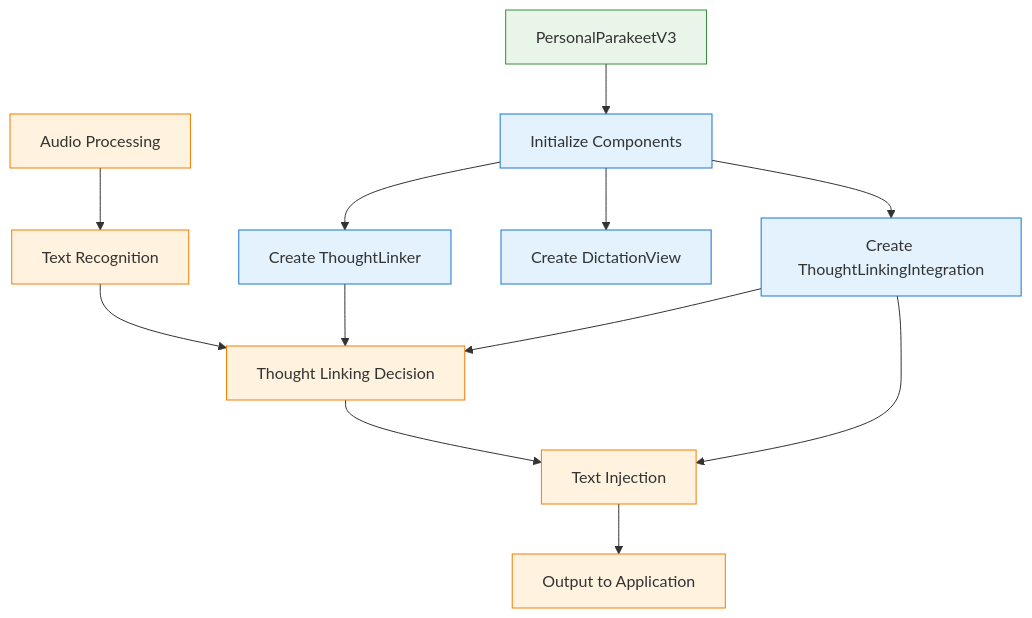
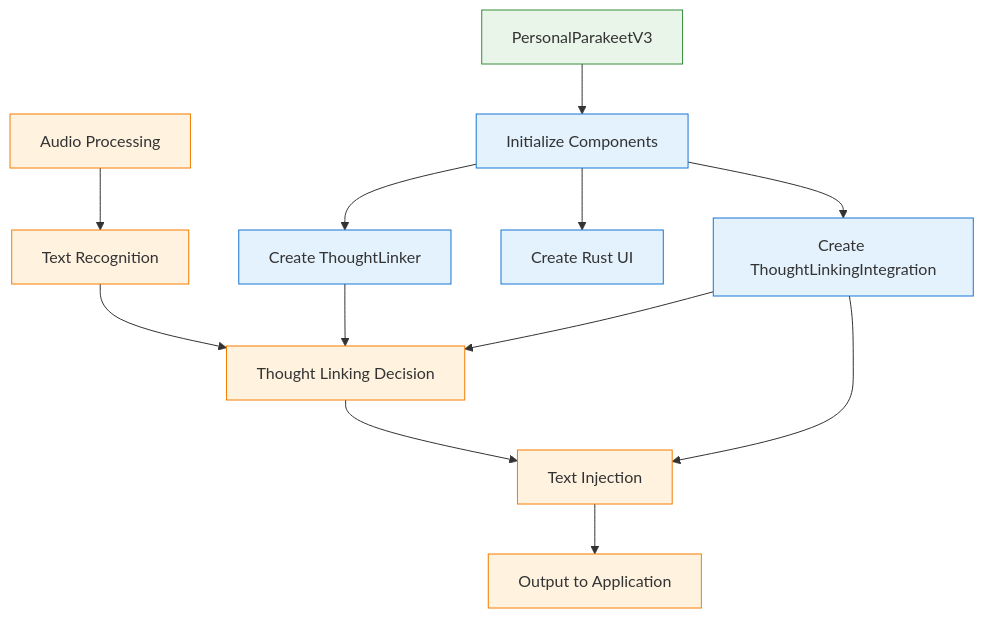
The sixth of 6 diagrams in docs/analysis/thought_linking_architecture_review.md (Coldaine/PersonalParakeet), drawn with Mermaid before and after one commit. The commit also changed other lines of this file and 1323 other files, not shown here.

````diff
--- a/docs/analysis/thought_linking_architecture_review.md
+++ b/docs/analysis/thought_linking_architecture_review.md
@@ -229,24 +229,24 @@
 ```mermaid
 flowchart TD
     A[PersonalParakeetV3] --> B[Initialize Components]
     B --> C[Create ThoughtLinker]
     B --> D[Create ThoughtLinkingIntegration]
-    B --> E[Create DictationView]
+    B --> E[Create Rust UI]
     
     F[Audio Processing] --> G[Text Recognition]
     G --> H[Thought Linking Decision]
     H --> I[Text Injection]
     I --> J[Output to Application]
     
     C --> H
     D --> H
     D --> I
     
     classDef app fill:#E8F5E8,stroke:#388E3C
     classDef process fill:#E3F2FD,stroke:#1976D2
     classDef data fill:#FFF3E0,stroke:#F57C00
     
     class A app
     class B,C,D,E process
     class F,G,H,I,J data
 ```
````
